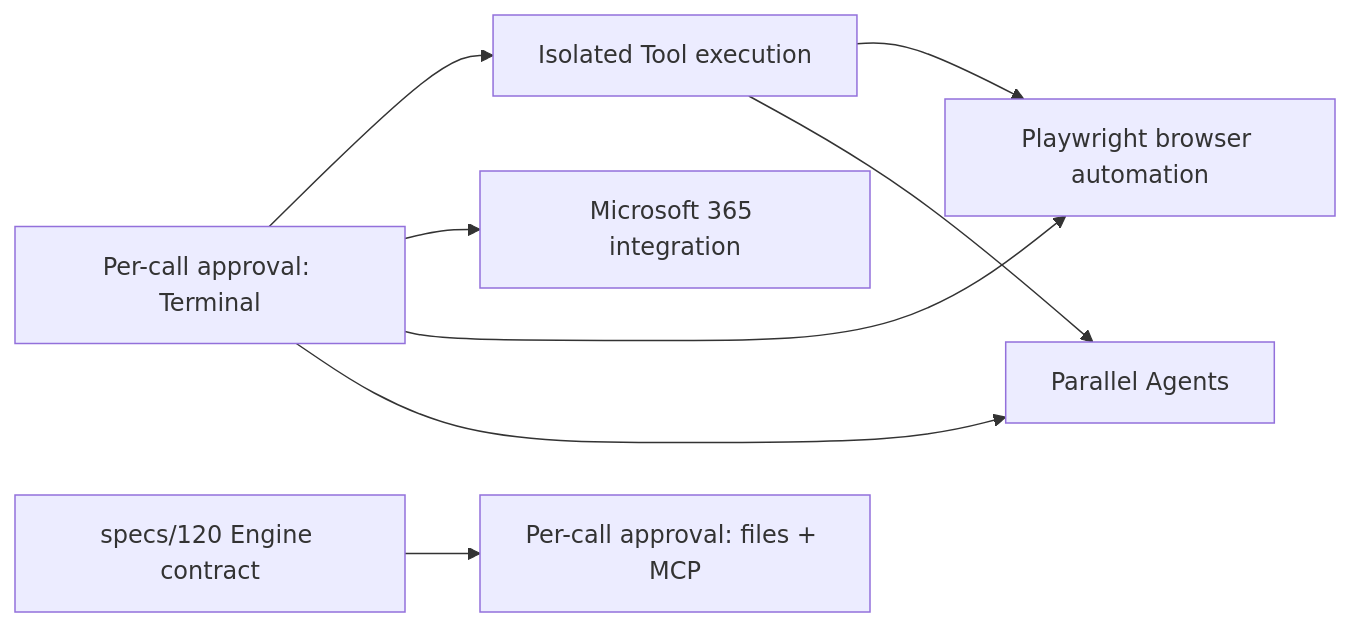
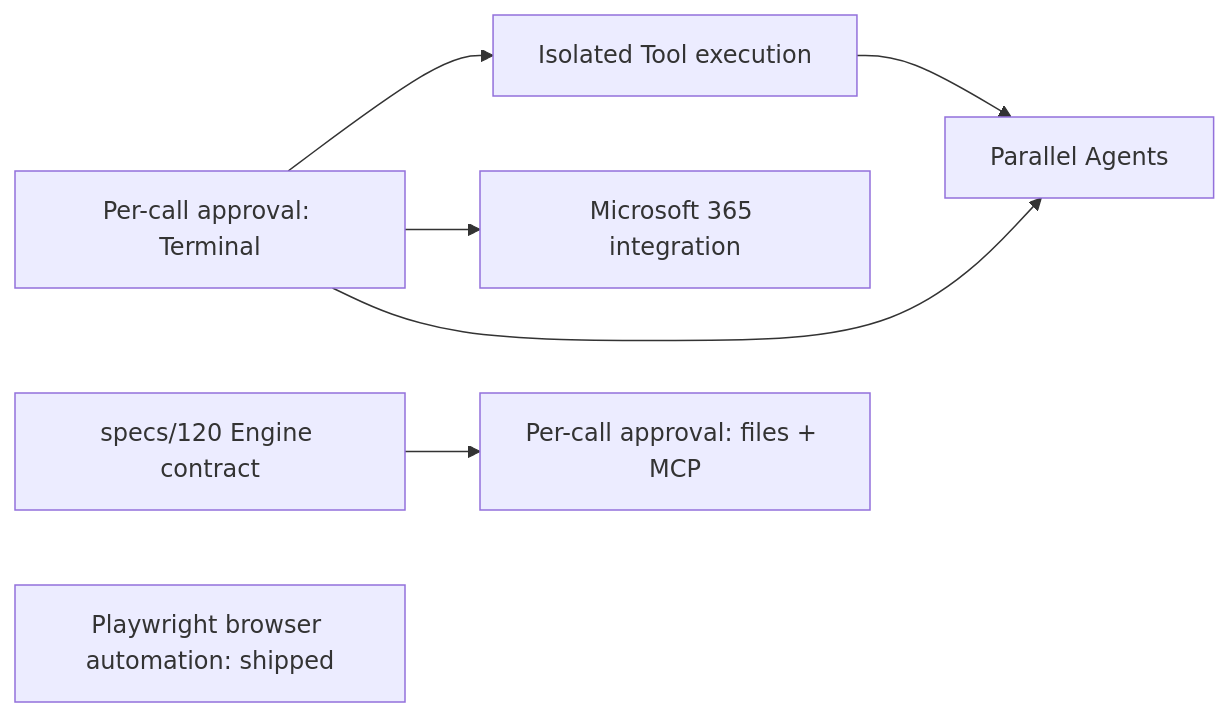
One commit to raandree/DeskPilot changed the diagram in .github/prompts/README.md. Above: the diagram before and after it, drawn with Mermaid. The commit also changed other lines of this file and 5 other files, not shown here.

````diff
--- a/.github/prompts/README.md
+++ b/.github/prompts/README.md
@@ -35,10 +35,9 @@
 ```mermaid
 flowchart LR
     A[Per-call approval: Terminal] --> I[Isolated Tool execution]
     A --> M[Microsoft 365 integration]
-    A --> B[Playwright browser automation]
-    I --> B
     A --> P[Parallel Agents]
     I --> P
     C[specs/120 Engine contract] --> R[Per-call approval: files + MCP]
+    B[Playwright browser automation: shipped]
 ```
````
